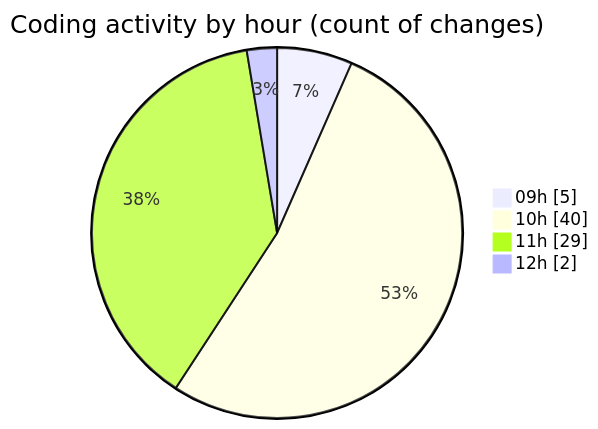
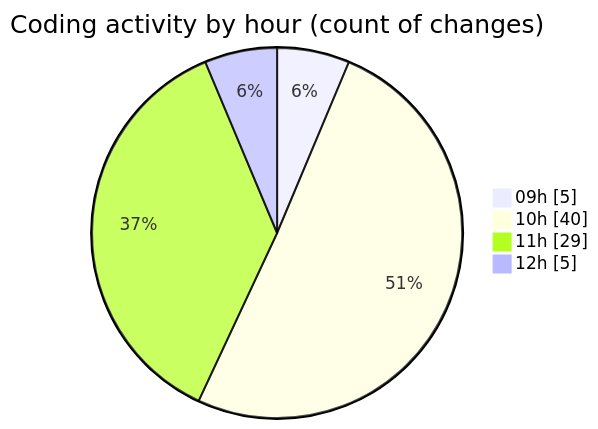
The second of 2 diagrams in 2025-06-02/ecodeli-1/README.md (CELIANVF/code-tracking), drawn with Mermaid before and after one commit. The commit also changed other lines of this file and 1 other file, not shown here.

````diff
--- a/2025-06-02/ecodeli-1/README.md
+++ b/2025-06-02/ecodeli-1/README.md
@@ -74,8 +74,8 @@
 ```mermaid
 pie showData
 title Coding activity by hour (count of changes)
 "09h" : 5
 "10h" : 40
 "11h" : 29
-"12h" : 2
+"12h" : 5
 ```
````
